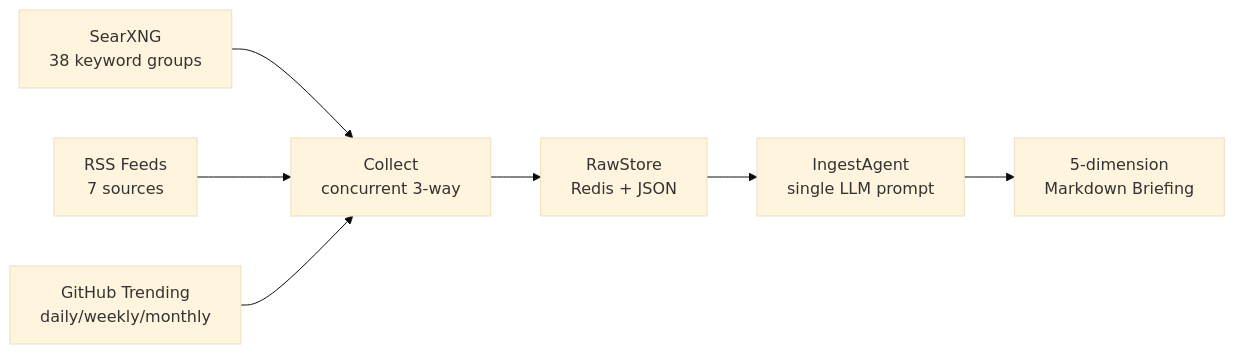
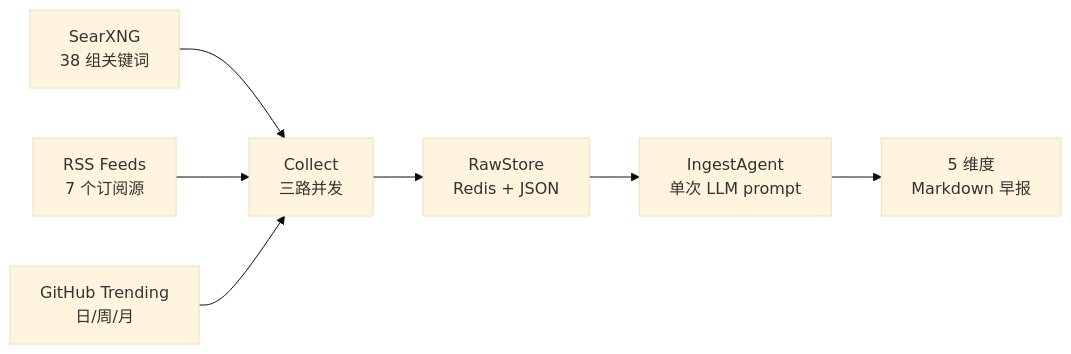
One commit to xinovate/linglong-scout changed the diagram in README.md. Above: the diagram before and after it, drawn with Mermaid (base theme). The commit also changed other lines of this file, not shown here.

````diff
--- a/README.md
+++ b/README.md
@@ -13,9 +13,9 @@
 ```mermaid
 graph LR
-    SearXNG["SearXNG<br/>38 keyword groups"] --> Collect
-    RSS["RSS Feeds<br/>7 sources"] --> Collect
-    GH["GitHub Trending<br/>daily/weekly/monthly"] --> Collect
-    Collect["Collect<br/>concurrent 3-way"] --> Raw["RawStore<br/>Redis + JSON"]
-    Raw --> Agent["IngestAgent<br/>single LLM prompt"]
-    Agent --> Brief["5-dimension<br/>Markdown Briefing"]
+    SearXNG["SearXNG<br/>38 组关键词"] --> Collect
+    RSS["RSS Feeds<br/>7 个订阅源"] --> Collect
+    GH["GitHub Trending<br/>日/周/月"] --> Collect
+    Collect["Collect<br/>三路并发"] --> Raw["RawStore<br/>Redis + JSON"]
+    Raw --> Agent["IngestAgent<br/>单次 LLM prompt"]
+    Agent --> Brief["5 维度<br/>Markdown 早报"]
 ```
````
